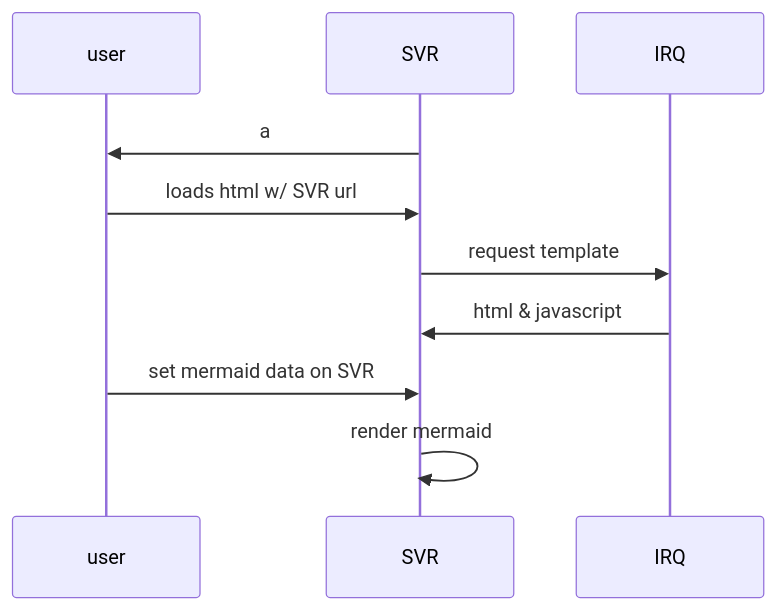
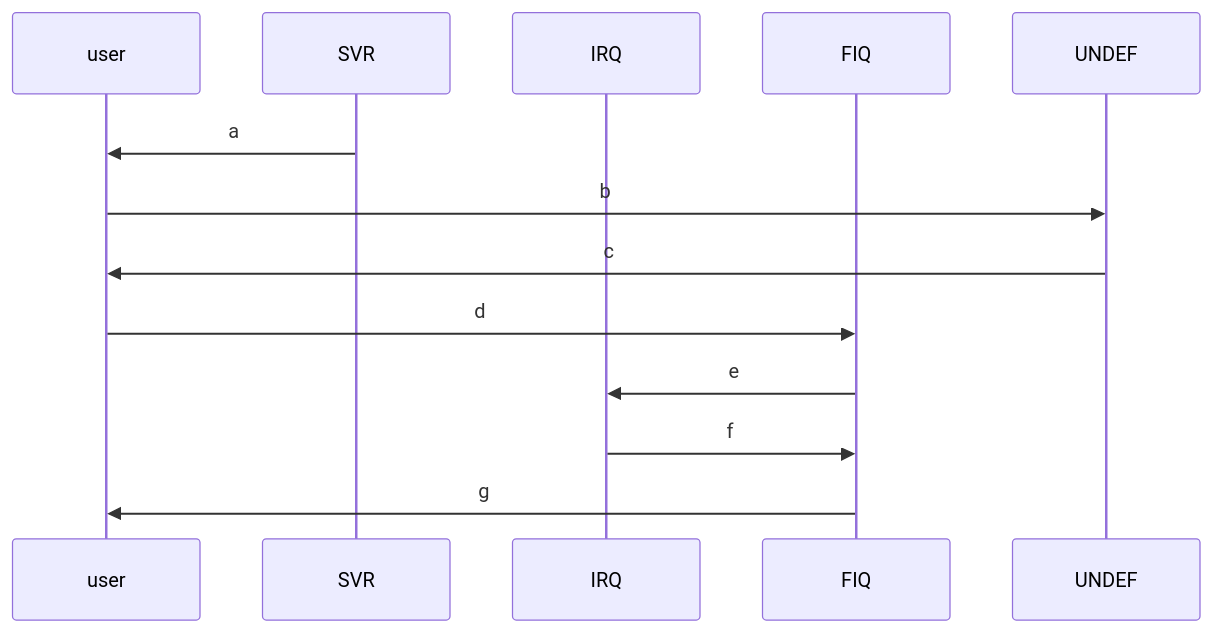
The diagram in README.md (nicolasauler/labproc), drawn with Mermaid before and after one commit.

Commit message:
Trying to draw question 12/13 diagram.

````diff
--- a/README.md
+++ b/README.md
@@ -295,12 +295,15 @@
 ```mermaid
 sequenceDiagram
     participant user
     participant SVR
     participant IRQ
+    participant FIQ
+    participant UNDEF
     SVR->>user: a
-    user->>SVR: loads html w/ SVR url
-    SVR->>IRQ: request template
-    IRQ->>SVR: html & javascript
-    user->>SVR: set mermaid data on SVR
-    SVR->>SVR: render mermaid
+    user->>UNDEF: b
+    UNDEF->>user: c
+    user->>FIQ: d
+    FIQ->>IRQ: e
+    IRQ->>FIQ: f
+    FIQ->>user: g
 ```
````
